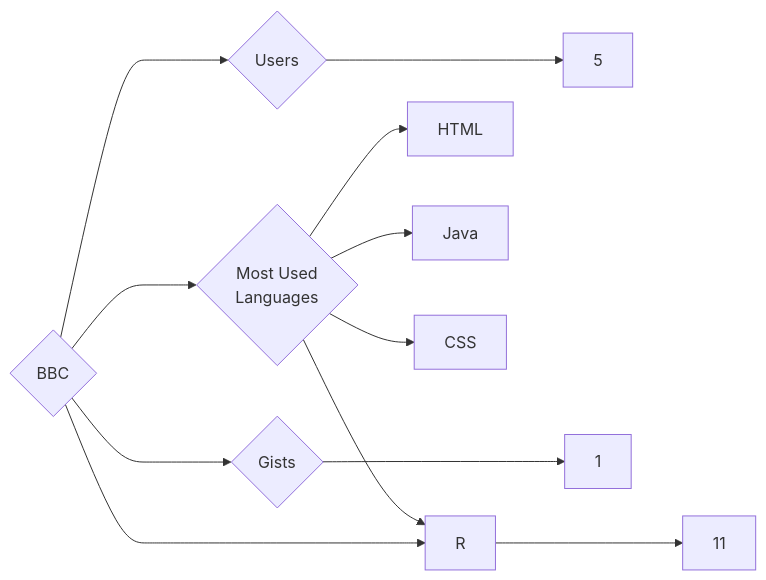
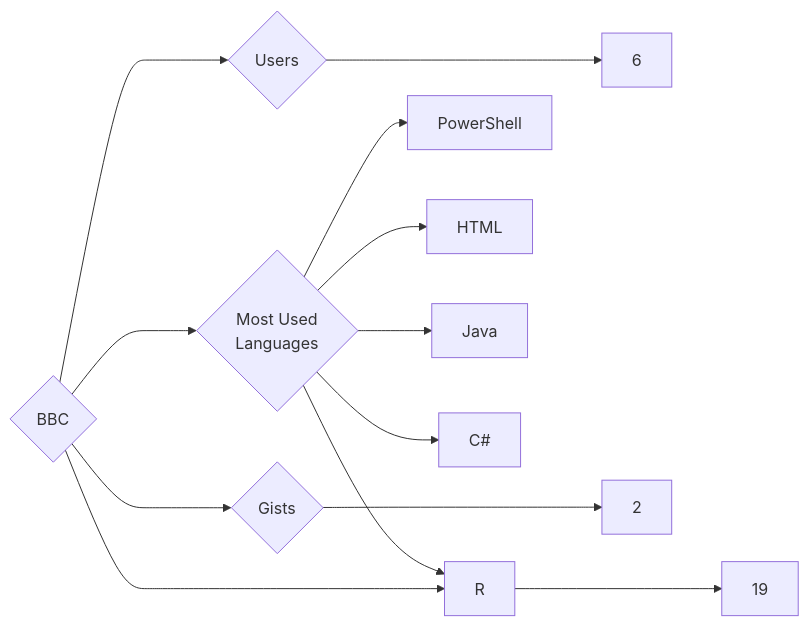
Before and after one commit to trickest/insiders: the diagram in targets/BBC/README.md, drawn with Mermaid. The commit also changed 1148 other files, not shown here.

````diff
--- a/targets/BBC/README.md
+++ b/targets/BBC/README.md
@@ -3,12 +3,13 @@
 ```mermaid
 graph LR
 COMPANY_NAME{BBC}
-COMPANY_NAME ---> U{Users} ---> UN[5]
-COMPANY_NAME ---> R{Repositories} ---> RN[11]
-COMPANY_NAME ---> G{Gists} ---> GN[1]
+COMPANY_NAME ---> U{Users} ---> UN[6]
+COMPANY_NAME ---> R{Repositories} ---> RN[19]
+COMPANY_NAME ---> G{Gists} ---> GN[2]
 COMPANY_NAME ---> ML{Most Used<br>Languages}
+ML --> PowerShell[PowerShell]
 ML --> HTML[HTML]
 ML --> Java[Java]
+ML --> C#[C#]
 ML --> R[R]
-ML --> CSS[CSS]
 ```
````
